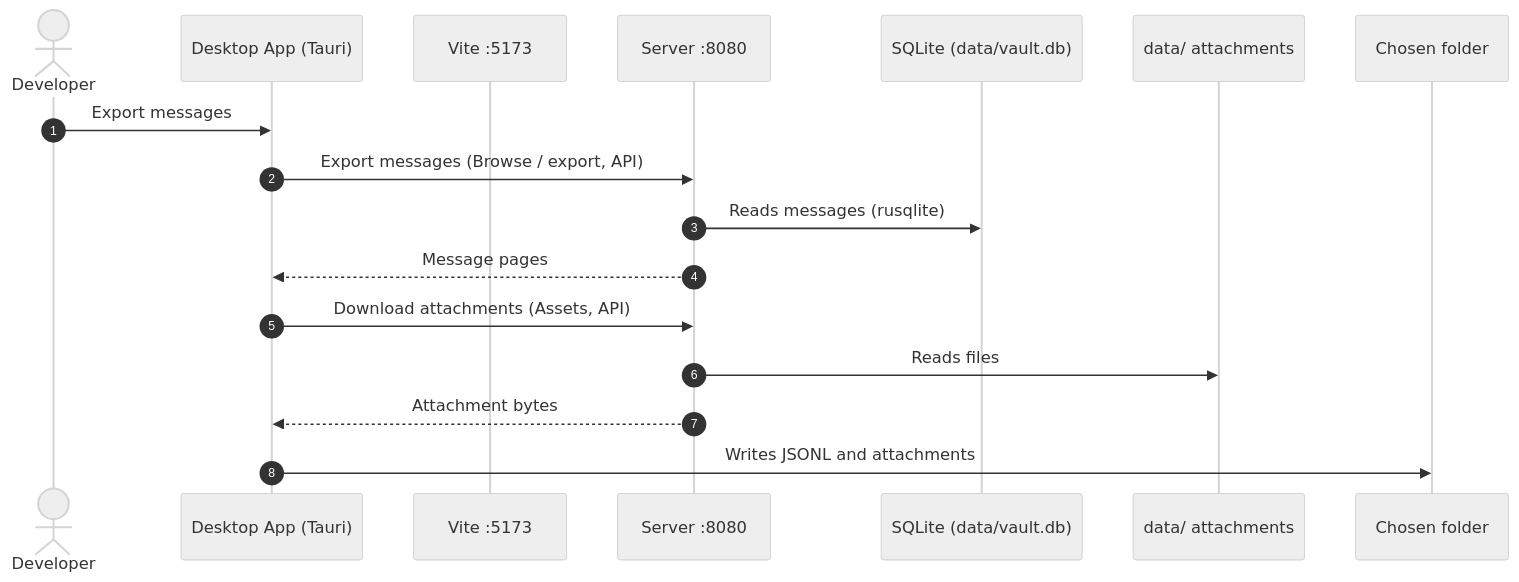
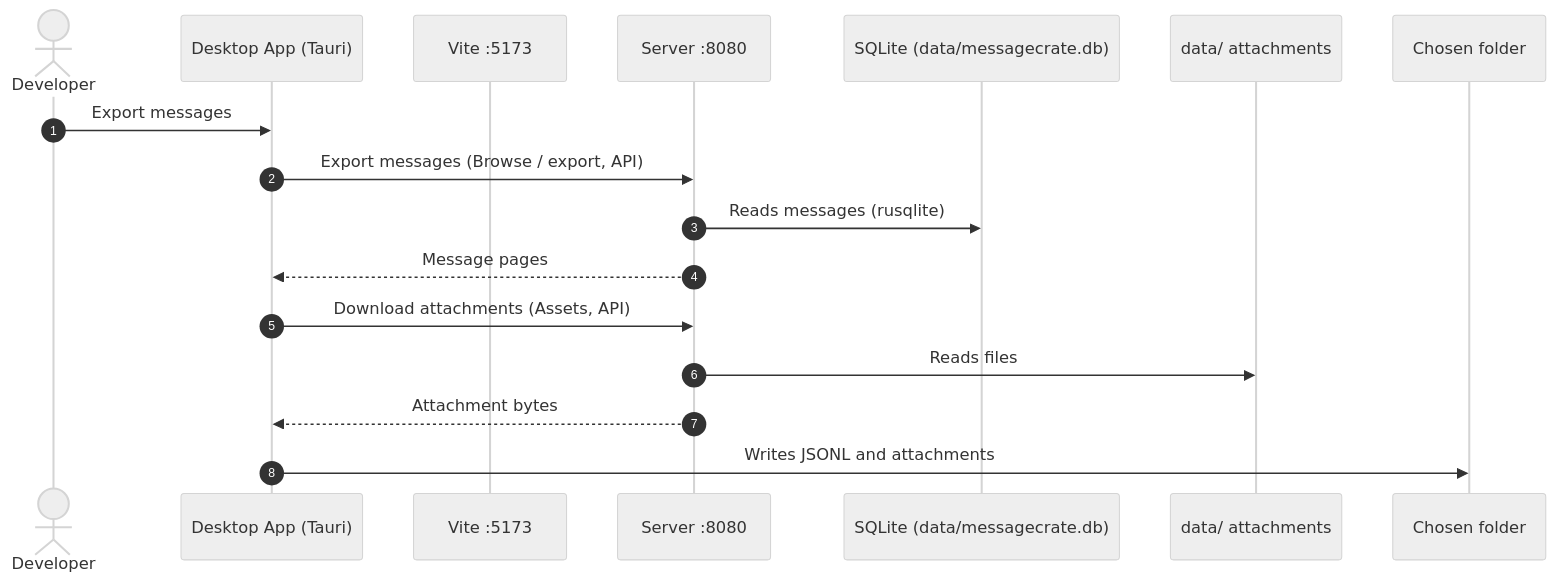
The fourth of 4 diagrams in docs/src/content/docs/docs/developer/design.md (bitrealm-io/message-vault), drawn with Mermaid (neutral theme) before and after one commit. The commit also changed other lines of this file and 822 other files, not shown here.

````diff
--- a/docs/src/content/docs/docs/developer/design.md
+++ b/docs/src/content/docs/docs/developer/design.md
@@ -180,21 +180,21 @@
 ```mermaid
 sequenceDiagram
     autonumber
     actor Dev as Developer
     participant Desktop as Desktop App (Tauri)
     participant Vite as Vite :5173
     participant Server as Server :8080
 
-    participant DB as SQLite (data/vault.db)
+    participant DB as SQLite (data/messagecrate.db)
     participant Disk as data/ attachments
     participant Out as Chosen folder
 
     Dev->>Desktop: Export messages
     Desktop->>Server: Export messages (Browse / export, API)
     Server->>DB: Reads messages (rusqlite)
     Server-->>Desktop: Message pages
     Desktop->>Server: Download attachments (Assets, API)
     Server->>Disk: Reads files
     Server-->>Desktop: Attachment bytes
     Desktop->>Out: Writes JSONL and attachments
 ```
````
